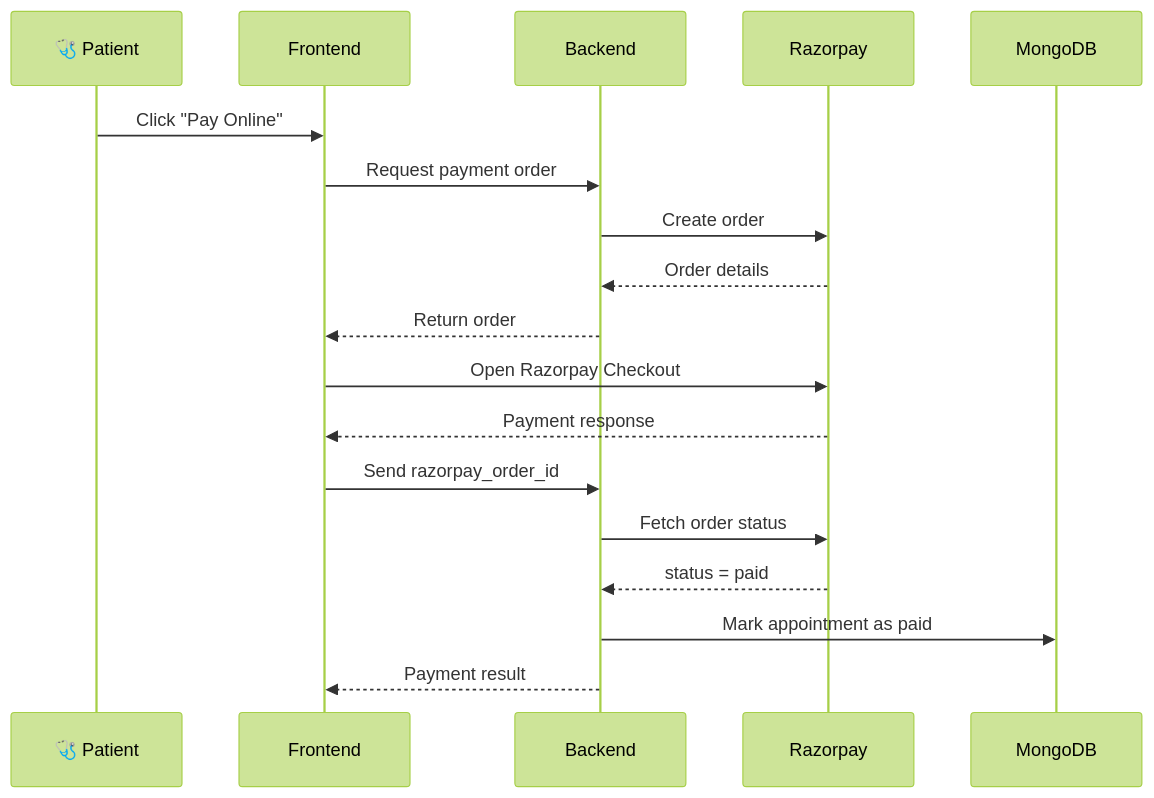
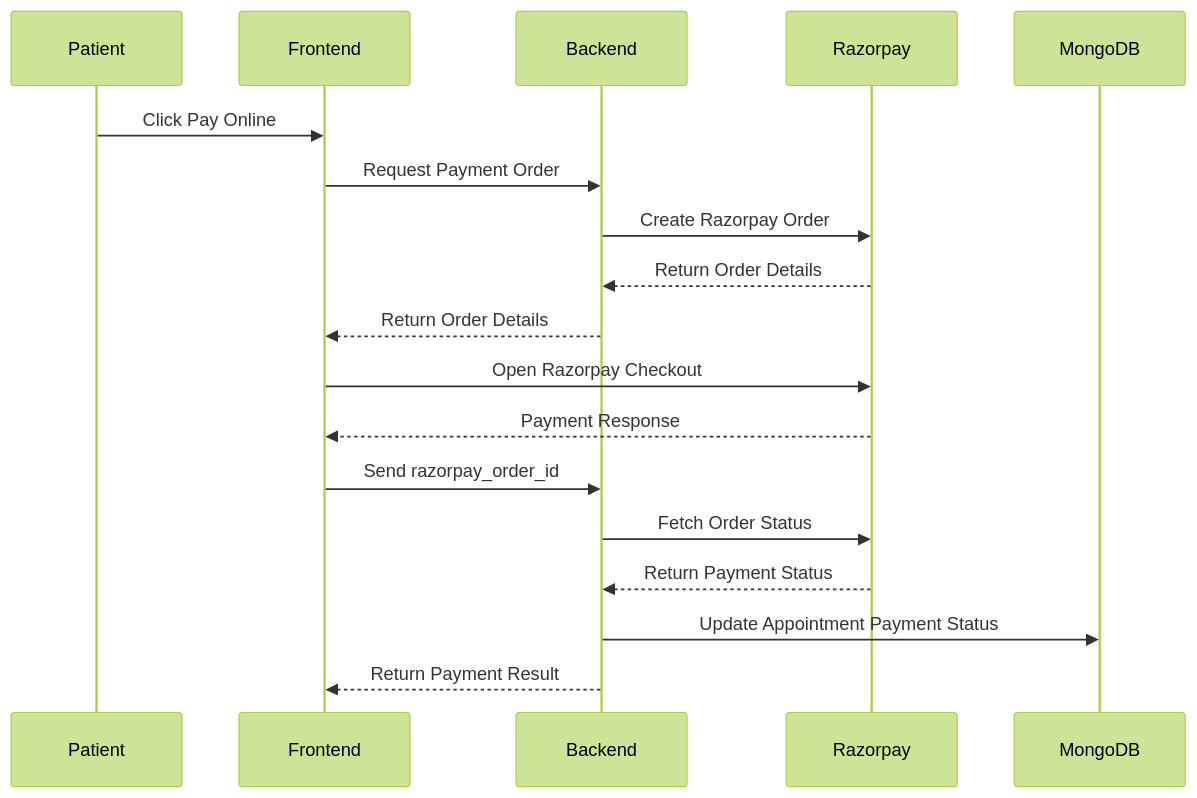
The seventh of 10 diagrams in README.md (aryankk073/Prescripto), drawn with Mermaid (forest theme) before and after one commit. The commit also changed other lines of this file and 1 other file, not shown here.

````diff
--- a/README.md
+++ b/README.md
@@ -307,21 +277,24 @@
 ```mermaid
 sequenceDiagram
-    participant P as 🩺 Patient
+    participant P as Patient
     participant F as Frontend
     participant B as Backend
     participant R as Razorpay
     participant DB as MongoDB
 
-    P->>F: Click "Pay Online"
-    F->>B: Request payment order
-    B->>R: Create order
-    R-->>B: Order details
-    B-->>F: Return order
+    P->>F: Click Pay Online
+    F->>B: Request Payment Order
+    B->>R: Create Razorpay Order
+    R-->>B: Return Order Details
+    B-->>F: Return Order Details
+
     F->>R: Open Razorpay Checkout
-    R-->>F: Payment response
+    R-->>F: Payment Response
+
     F->>B: Send razorpay_order_id
-    B->>R: Fetch order status
-    R-->>B: status = paid
-    B->>DB: Mark appointment as paid
-    B-->>F: Payment result
+    B->>R: Fetch Order Status
+    R-->>B: Return Payment Status
+
+    B->>DB: Update Appointment Payment Status
+    B-->>F: Return Payment Result
 ```
````
